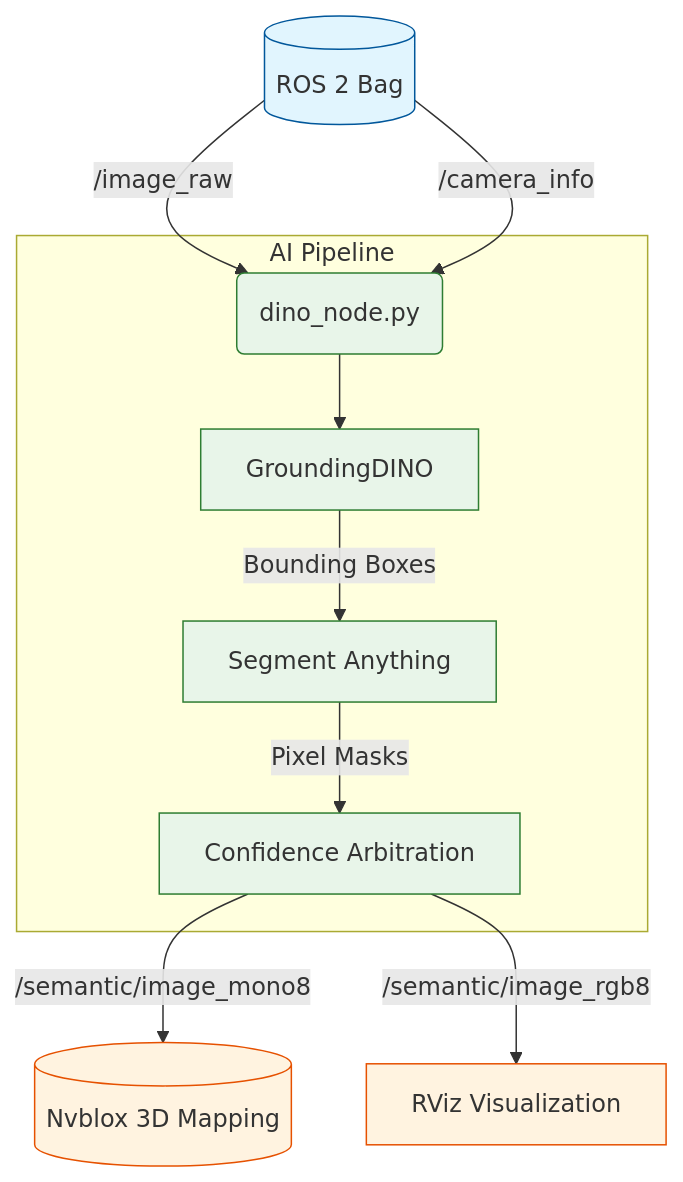
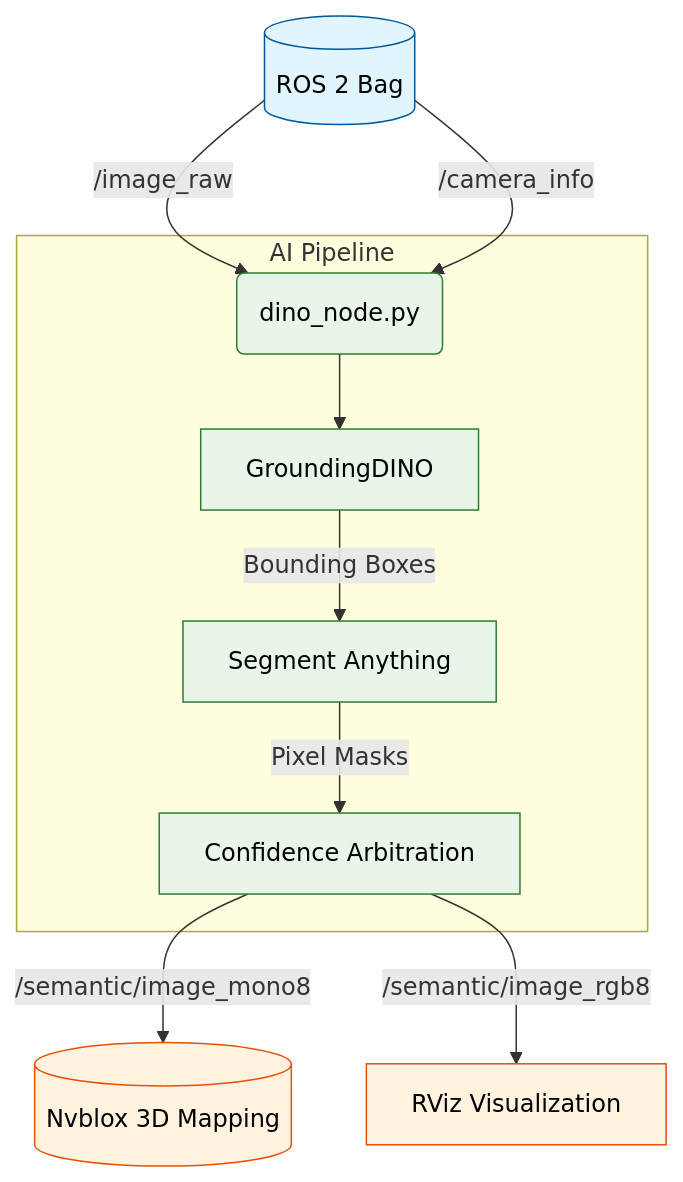
The first of 2 diagrams in segmentation_guide.md (dennisoo/Isaac_ros_nvblox), drawn with Mermaid before and after one commit. The commit also changed other lines of this file, not shown here.

Commit message:
better readability

````diff
--- a/segmentation_guide.md
+++ b/segmentation_guide.md
@@ -24,22 +24,22 @@
 ```mermaid
 graph TD
-    classDef input fill:#e1f5fe,stroke:#01579b;
-    classDef ai fill:#e8f5e9,stroke:#2e7d32;
-    classDef output fill:#fff3e0,stroke:#e65100;
+    classDef input fill:#e1f5fe,stroke:#01579b,color:#000000;
+    classDef ai fill:#e8f5e9,stroke:#2e7d32,color:#000000;
+    classDef output fill:#fff3e0,stroke:#e65100,color:#000000;
 
     A[(ROS 2 Bag)] -->|/image_raw| B(dino_node.py)
     A -->|/camera_info| B
     
     subgraph AI Pipeline
     B --> C[GroundingDINO]
     C -->|Bounding Boxes| D[Segment Anything]
     D -->|Pixel Masks| E[Confidence Arbitration]
     end
     
     E -->|/semantic/image_mono8| F[(Nvblox 3D Mapping)]
     E -->|/semantic/image_rgb8| G[RViz Visualization]
     
     class A input;
     class B,C,D,E ai;
     class F,G output;
 ```
````
